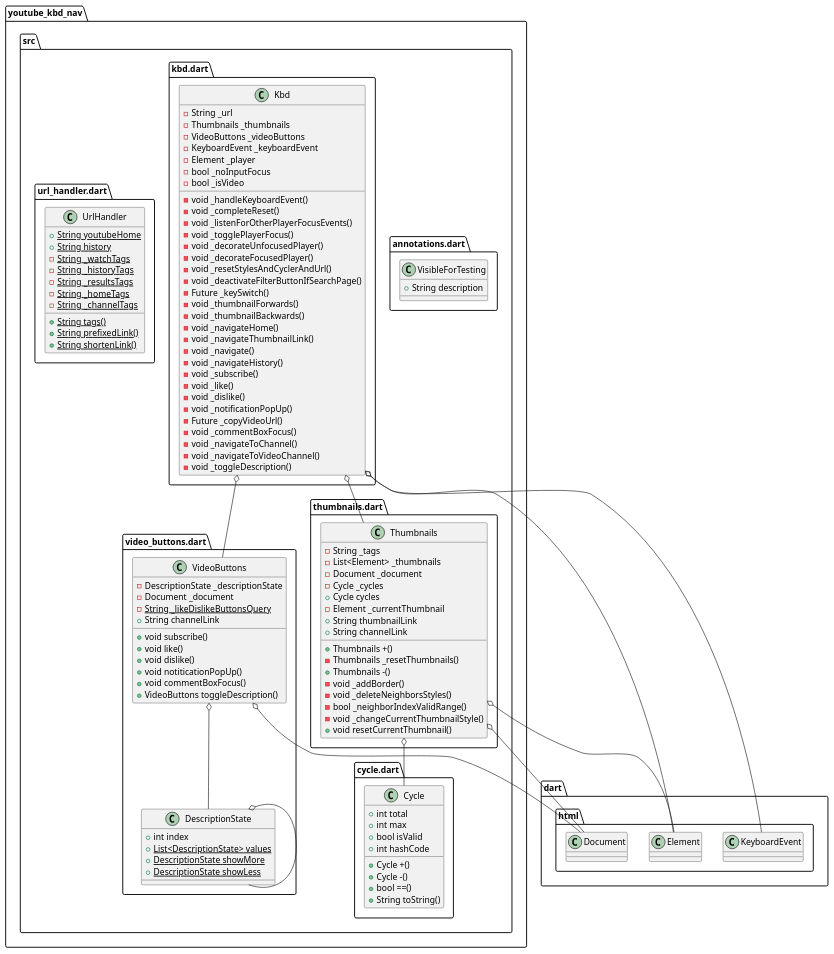
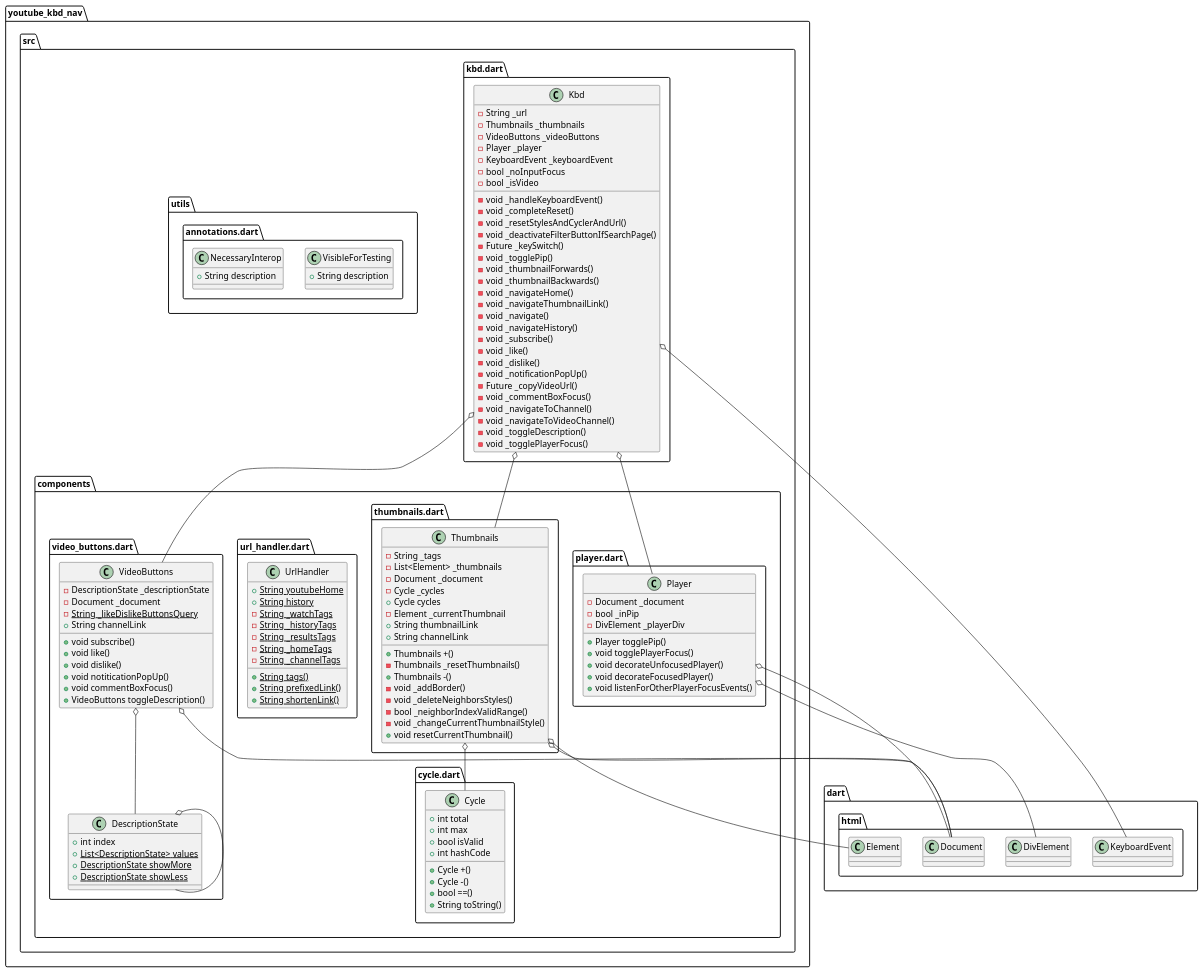
Before and after one commit to FanaroEngineering/youtube_kbd_nav: the diagram in docs/uml.puml, drawn with PlantUML. The commit also changed 3 other files, not shown here.

Commit message:
deleted rogue files | updated the UML diagram

```diff
--- a/docs/uml.puml
+++ b/docs/uml.puml
@@ -1,120 +1,136 @@
 @startuml youtube_kbd_nav
 set namespaceSeparator ::
 
-class "youtube_kbd_nav::src::annotations.dart::VisibleForTesting" {
-  +String description
-}
-
-class "youtube_kbd_nav::src::cycle.dart::Cycle" {
+class "youtube_kbd_nav::src::components::cycle.dart::Cycle" {
   +int total
   +int max
   +bool isValid
   +int hashCode
   +Cycle +()
   +Cycle -()
   +bool ==()
   +String toString()
 }
 
-class "youtube_kbd_nav::src::kbd.dart::Kbd" {
-  -String _url
-  -Thumbnails _thumbnails
-  -VideoButtons _videoButtons
-  -KeyboardEvent _keyboardEvent
-  -Element _player
-  -bool _noInputFocus
-  -bool _isVideo
-  -void _handleKeyboardEvent()
-  -void _completeReset()
-  -void _listenForOtherPlayerFocusEvents()
-  -void _togglePlayerFocus()
-  -void _decorateUnfocusedPlayer()
-  -void _decorateFocusedPlayer()
-  -void _resetStylesAndCyclerAndUrl()
-  -void _deactivateFilterButtonIfSearchPage()
-  -Future _keySwitch()
-  -void _thumbnailForwards()
-  -void _thumbnailBackwards()
-  -void _navigateHome()
-  -void _navigateThumbnailLink()
-  -void _navigate()
-  -void _navigateHistory()
-  -void _subscribe()
-  -void _like()
-  -void _dislike()
-  -void _notificationPopUp()
-  -Future _copyVideoUrl()
-  -void _commentBoxFocus()
-  -void _navigateToChannel()
-  -void _navigateToVideoChannel()
-  -void _toggleDescription()
+class "youtube_kbd_nav::src::components::player.dart::Player" {
+  -Document _document
+  -bool _inPip
+  -DivElement _playerDiv
+  +Player togglePip()
+  +void togglePlayerFocus()
+  +void decorateUnfocusedPlayer()
+  +void decorateFocusedPlayer()
+  +void listenForOtherPlayerFocusEvents()
 }
 
-"youtube_kbd_nav::src::kbd.dart::Kbd" o-- "youtube_kbd_nav::src::thumbnails.dart::Thumbnails"
-"youtube_kbd_nav::src::kbd.dart::Kbd" o-- "youtube_kbd_nav::src::video_buttons.dart::VideoButtons"
-"youtube_kbd_nav::src::kbd.dart::Kbd" o-- "dart::html::KeyboardEvent"
-"youtube_kbd_nav::src::kbd.dart::Kbd" o-- "dart::html::Element"
+"youtube_kbd_nav::src::components::player.dart::Player" o-- "dart::html::Document"
+"youtube_kbd_nav::src::components::player.dart::Player" o-- "dart::html::DivElement"
 
-class "youtube_kbd_nav::src::thumbnails.dart::Thumbnails" {
+class "youtube_kbd_nav::src::components::thumbnails.dart::Thumbnails" {
   -String _tags
   -List<Element> _thumbnails
   -Document _document
   -Cycle _cycles
   +Cycle cycles
   -Element _currentThumbnail
   +String thumbnailLink
   +String channelLink
   +Thumbnails +()
   -Thumbnails _resetThumbnails()
   +Thumbnails -()
   -void _addBorder()
   -void _deleteNeighborsStyles()
   -bool _neighborIndexValidRange()
   -void _changeCurrentThumbnailStyle()
   +void resetCurrentThumbnail()
 }
 
-"youtube_kbd_nav::src::thumbnails.dart::Thumbnails" o-- "dart::html::Document"
-"youtube_kbd_nav::src::thumbnails.dart::Thumbnails" o-- "youtube_kbd_nav::src::cycle.dart::Cycle"
-"youtube_kbd_nav::src::thumbnails.dart::Thumbnails" o-- "dart::html::Element"
+"youtube_kbd_nav::src::components::thumbnails.dart::Thumbnails" o-- "dart::html::Document"
+"youtube_kbd_nav::src::components::thumbnails.dart::Thumbnails" o-- "youtube_kbd_nav::src::components::cycle.dart::Cycle"
+"youtube_kbd_nav::src::components::thumbnails.dart::Thumbnails" o-- "dart::html::Element"
 
-class "youtube_kbd_nav::src::url_handler.dart::UrlHandler" {
+class "youtube_kbd_nav::src::components::url_handler.dart::UrlHandler" {
   {static} +String youtubeHome
   {static} +String history
   {static} -String _watchTags
   {static} -String _historyTags
   {static} -String _resultsTags
   {static} -String _homeTags
   {static} -String _channelTags
   {static} +String tags()
   {static} +String prefixedLink()
   {static} +String shortenLink()
 }
 
-class "youtube_kbd_nav::src::video_buttons.dart::DescriptionState" {
+class "youtube_kbd_nav::src::components::video_buttons.dart::DescriptionState" {
   +int index
   {static} +List<DescriptionState> values
   {static} +DescriptionState showMore
   {static} +DescriptionState showLess
 }
 
-"youtube_kbd_nav::src::video_buttons.dart::DescriptionState" o-- "youtube_kbd_nav::src::video_buttons.dart::DescriptionState"
+"youtube_kbd_nav::src::components::video_buttons.dart::DescriptionState" o-- "youtube_kbd_nav::src::components::video_buttons.dart::DescriptionState"
 
-class "youtube_kbd_nav::src::video_buttons.dart::VideoButtons" {
+class "youtube_kbd_nav::src::components::video_buttons.dart::VideoButtons" {
   -DescriptionState _descriptionState
   -Document _document
   {static} -String _likeDislikeButtonsQuery
   +String channelLink
   +void subscribe()
   +void like()
   +void dislike()
   +void notiticationPopUp()
   +void commentBoxFocus()
   +VideoButtons toggleDescription()
 }
 
-"youtube_kbd_nav::src::video_buttons.dart::VideoButtons" o-- "youtube_kbd_nav::src::video_buttons.dart::DescriptionState"
-"youtube_kbd_nav::src::video_buttons.dart::VideoButtons" o-- "dart::html::Document"
+"youtube_kbd_nav::src::components::video_buttons.dart::VideoButtons" o-- "youtube_kbd_nav::src::components::video_buttons.dart::DescriptionState"
+"youtube_kbd_nav::src::components::video_buttons.dart::VideoButtons" o-- "dart::html::Document"
+
+class "youtube_kbd_nav::src::kbd.dart::Kbd" {
+  -String _url
+  -Thumbnails _thumbnails
+  -VideoButtons _videoButtons
+  -Player _player
+  -KeyboardEvent _keyboardEvent
+  -bool _noInputFocus
+  -bool _isVideo
+  -void _handleKeyboardEvent()
+  -void _completeReset()
+  -void _resetStylesAndCyclerAndUrl()
+  -void _deactivateFilterButtonIfSearchPage()
+  -Future _keySwitch()
+  -void _togglePip()
+  -void _thumbnailForwards()
+  -void _thumbnailBackwards()
+  -void _navigateHome()
+  -void _navigateThumbnailLink()
+  -void _navigate()
+  -void _navigateHistory()
+  -void _subscribe()
+  -void _like()
+  -void _dislike()
+  -void _notificationPopUp()
+  -Future _copyVideoUrl()
+  -void _commentBoxFocus()
+  -void _navigateToChannel()
+  -void _navigateToVideoChannel()
+  -void _toggleDescription()
+  -void _togglePlayerFocus()
+}
+
+"youtube_kbd_nav::src::kbd.dart::Kbd" o-- "youtube_kbd_nav::src::components::thumbnails.dart::Thumbnails"
+"youtube_kbd_nav::src::kbd.dart::Kbd" o-- "youtube_kbd_nav::src::components::video_buttons.dart::VideoButtons"
+"youtube_kbd_nav::src::kbd.dart::Kbd" o-- "youtube_kbd_nav::src::components::player.dart::Player"
+"youtube_kbd_nav::src::kbd.dart::Kbd" o-- "dart::html::KeyboardEvent"
+
+class "youtube_kbd_nav::src::utils::annotations.dart::VisibleForTesting" {
+  +String description
+}
+
+class "youtube_kbd_nav::src::utils::annotations.dart::NecessaryInterop" {
+  +String description
+}
 
 
 @enduml
```
